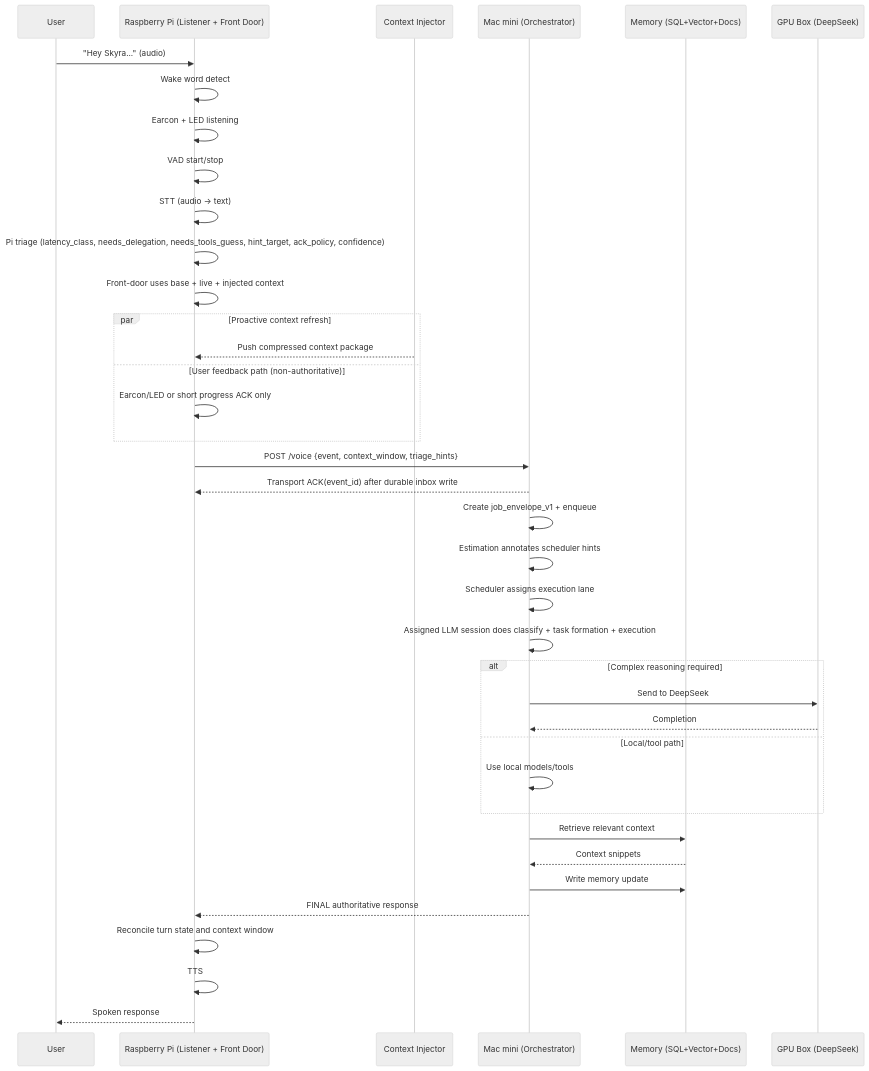
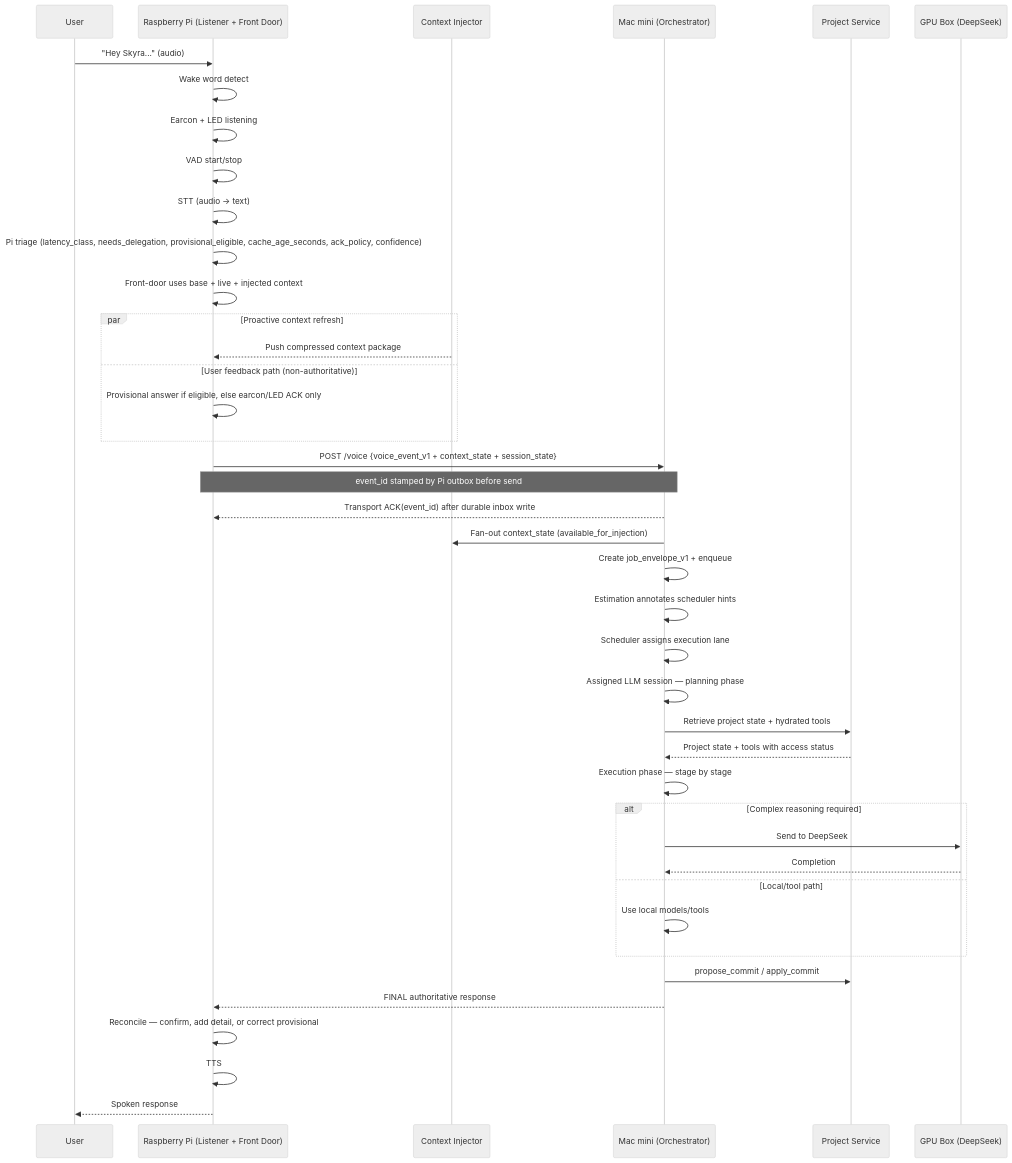
Before and after one commit to m-scanlon/tony-stark-was-able-tobuild-this-in-a-cave: the third of 3 diagrams in docs/arch/v1/scyra.md, drawn with Mermaid (neutral theme). The commit also changed other lines of this file, not shown here.

First line of the commit message:
Fix diagram 1: add User, TTS, and complete request/response loop

````diff
--- a/docs/arch/v1/scyra.md
+++ b/docs/arch/v1/scyra.md
@@ -424,43 +434,46 @@
 ```mermaid
 sequenceDiagram
   participant User
   participant Pi as Raspberry Pi (Listener + Front Door)
   participant CIX as Context Injector
   participant Mac as Mac mini (Orchestrator)
-  participant DB as Memory (SQL+Vector+Docs)
+  participant PROJ as Project Service
   participant GPU as GPU Box (DeepSeek)
 
   User->>Pi: "Hey Skyra..." (audio)
   Pi->>Pi: Wake word detect
   Pi->>Pi: Earcon + LED listening
   Pi->>Pi: VAD start/stop
   Pi->>Pi: STT (audio → text)
-  Pi->>Pi: Pi triage (latency_class, needs_delegation, needs_tools_guess, hint_target, ack_policy, confidence)
+  Pi->>Pi: Pi triage (latency_class, needs_delegation, provisional_eligible, cache_age_seconds, ack_policy, confidence)
   Pi->>Pi: Front-door uses base + live + injected context
   par Proactive context refresh
     CIX-->>Pi: Push compressed context package
   and User feedback path (non-authoritative)
-    Pi->>Pi: Earcon/LED or short progress ACK only
+    Pi->>Pi: Provisional answer if eligible, else earcon/LED ACK only
   end
 
-  Pi->>Mac: POST /voice {event, context_window, triage_hints}
+  Pi->>Mac: POST /voice {voice_event_v1 + context_state + session_state}
+  Note over Pi,Mac: event_id stamped by Pi outbox before send
   Mac-->>Pi: Transport ACK(event_id) after durable inbox write
+  Mac->>CIX: Fan-out context_state (available_for_injection)
 
   Mac->>Mac: Create job_envelope_v1 + enqueue
   Mac->>Mac: Estimation annotates scheduler hints
   Mac->>Mac: Scheduler assigns execution lane
-  Mac->>Mac: Assigned LLM session does classify + task formation + execution
+  Mac->>Mac: Assigned LLM session — planning phase
+  Mac->>PROJ: Retrieve project state + hydrated tools
+  PROJ-->>Mac: Project state + tools with access status
+  Mac->>Mac: Execution phase — stage by stage
   alt Complex reasoning required
     Mac->>GPU: Send to DeepSeek
     GPU-->>Mac: Completion
   else Local/tool path
     Mac->>Mac: Use local models/tools
   end
-    Mac->>DB: Retrieve relevant context
-    DB-->>Mac: Context snippets
-  Mac->>DB: Write memory update
-    Mac-->>Pi: FINAL authoritative response
-    Pi->>Pi: Reconcile turn state and context window
-    Pi->>Pi: TTS
-    Pi-->>User: Spoken response
+  Mac->>PROJ: propose_commit / apply_commit
+  Mac-->>Pi: FINAL authoritative response
+  Pi->>Pi: Reconcile — confirm, add detail, or correct provisional
+  Pi->>Pi: TTS
+  Pi-->>User: Spoken response
 ```
````
